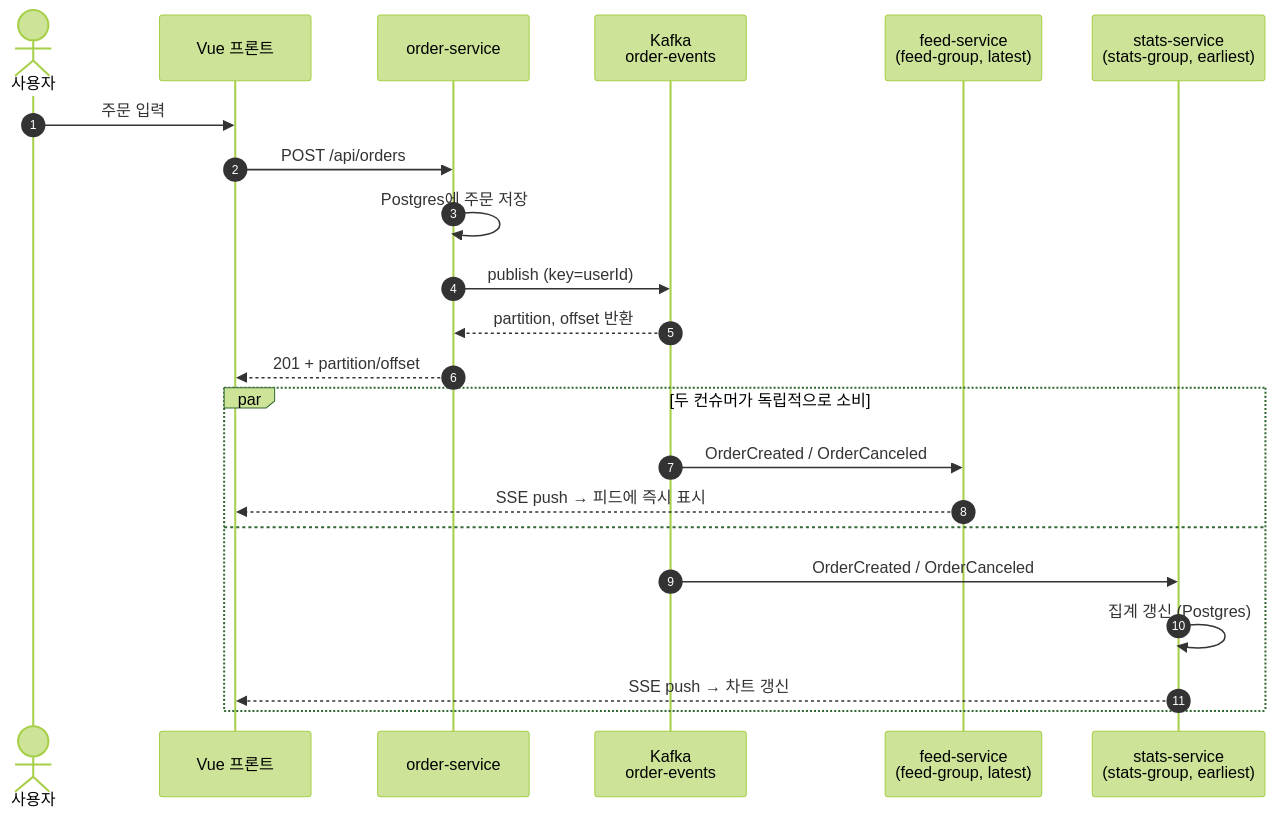
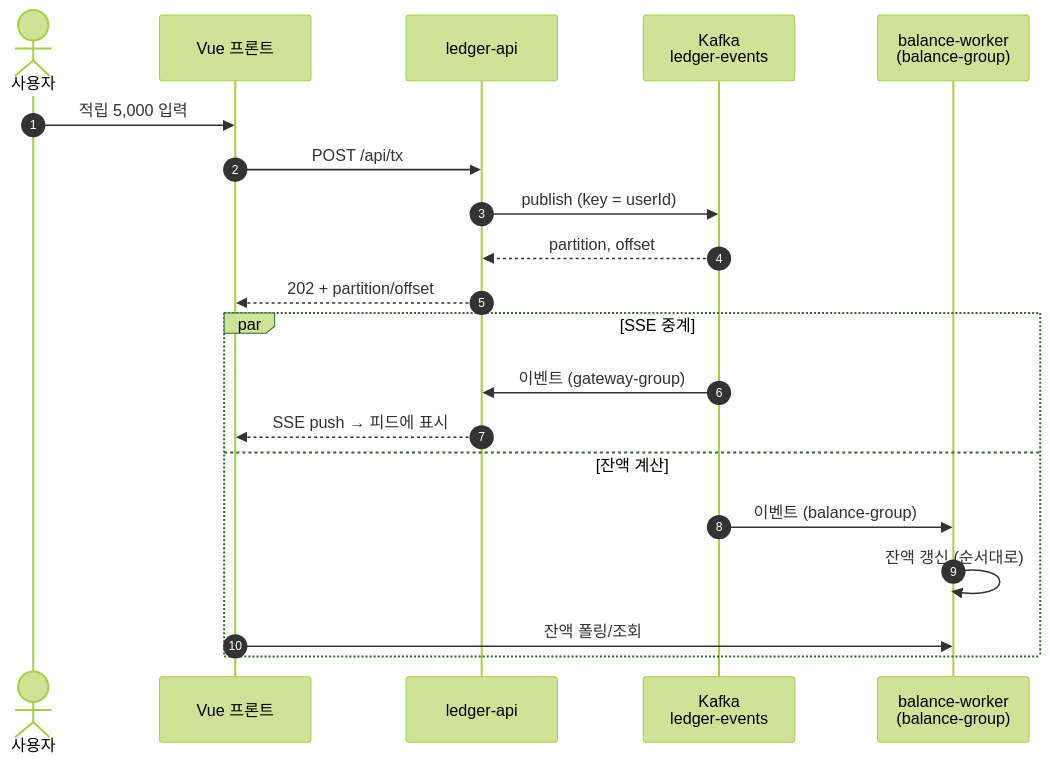
One commit to ytw9699/kafka_study changed the second of 7 diagrams in docs/planning/02-architecture.md. Above: the diagram before and after it, drawn with Mermaid (forest theme). The commit also changed other lines of this file and 20 other files, not shown here.

````diff
--- a/docs/planning/02-architecture.md
+++ b/docs/planning/02-architecture.md
@@ -112,26 +117,24 @@
 ```mermaid
 sequenceDiagram
     autonumber
     actor U as 사용자
     participant FE as Vue 프론트
-    participant OS as order-service
-    participant K as Kafka<br/>order-events
-    participant FS as feed-service<br/>(feed-group, latest)
-    participant SS as stats-service<br/>(stats-group, earliest)
+    participant LA as ledger-api
+    participant K as Kafka<br/>ledger-events
+    participant BW as balance-worker<br/>(balance-group)
 
-    U->>FE: 주문 입력
-    FE->>OS: POST /api/orders
-    OS->>OS: Postgres에 주문 저장
-    OS->>K: publish (key=userId)
-    K-->>OS: partition, offset 반환
-    OS-->>FE: 201 + partition/offset
+    U->>FE: 적립 5,000 입력
+    FE->>LA: POST /api/tx
+    LA->>K: publish (key = userId)
+    K-->>LA: partition, offset
+    LA-->>FE: 202 + partition/offset
 
-    par 두 컨슈머가 독립적으로 소비
-        K->>FS: OrderCreated / OrderCanceled
-        FS-->>FE: SSE push → 피드에 즉시 표시
-    and
-        K->>SS: OrderCreated / OrderCanceled
-        SS->>SS: 집계 갱신 (Postgres)
-        SS-->>FE: SSE push → 차트 갱신
+    par SSE 중계
+        K->>LA: 이벤트 (gateway-group)
+        LA-->>FE: SSE push → 피드에 표시
+    and 잔액 계산
+        K->>BW: 이벤트 (balance-group)
+        BW->>BW: 잔액 갱신 (순서대로)
+        FE->>BW: 잔액 폴링/조회
     end
 ```
````
